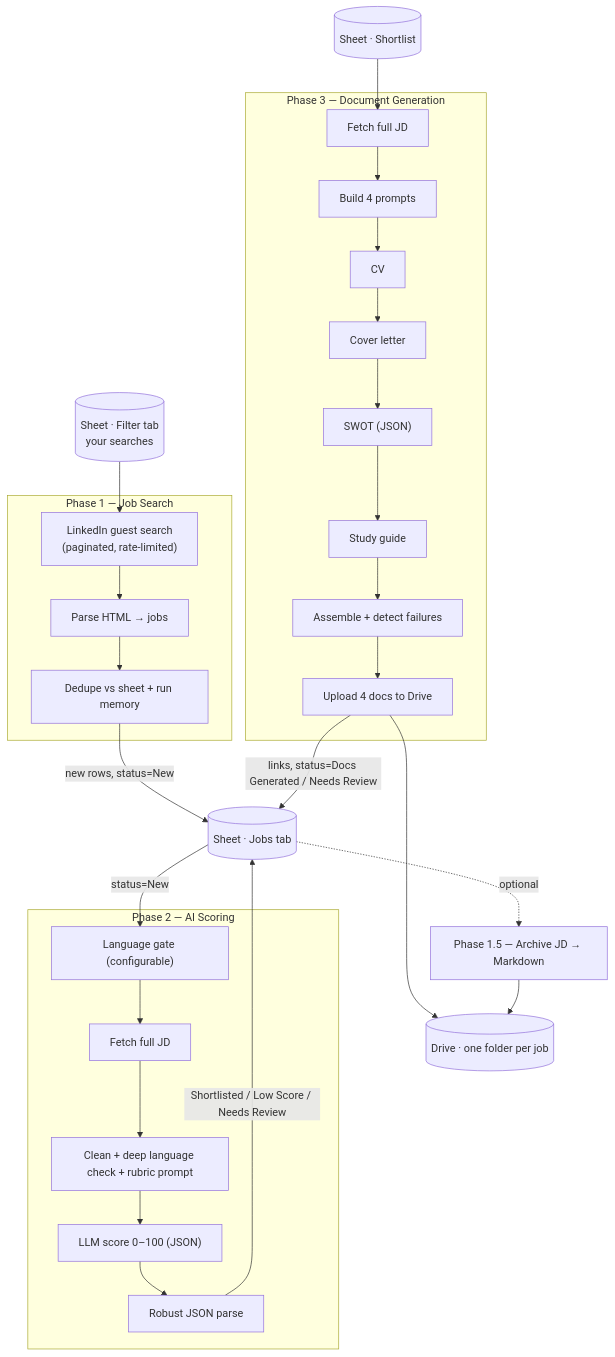
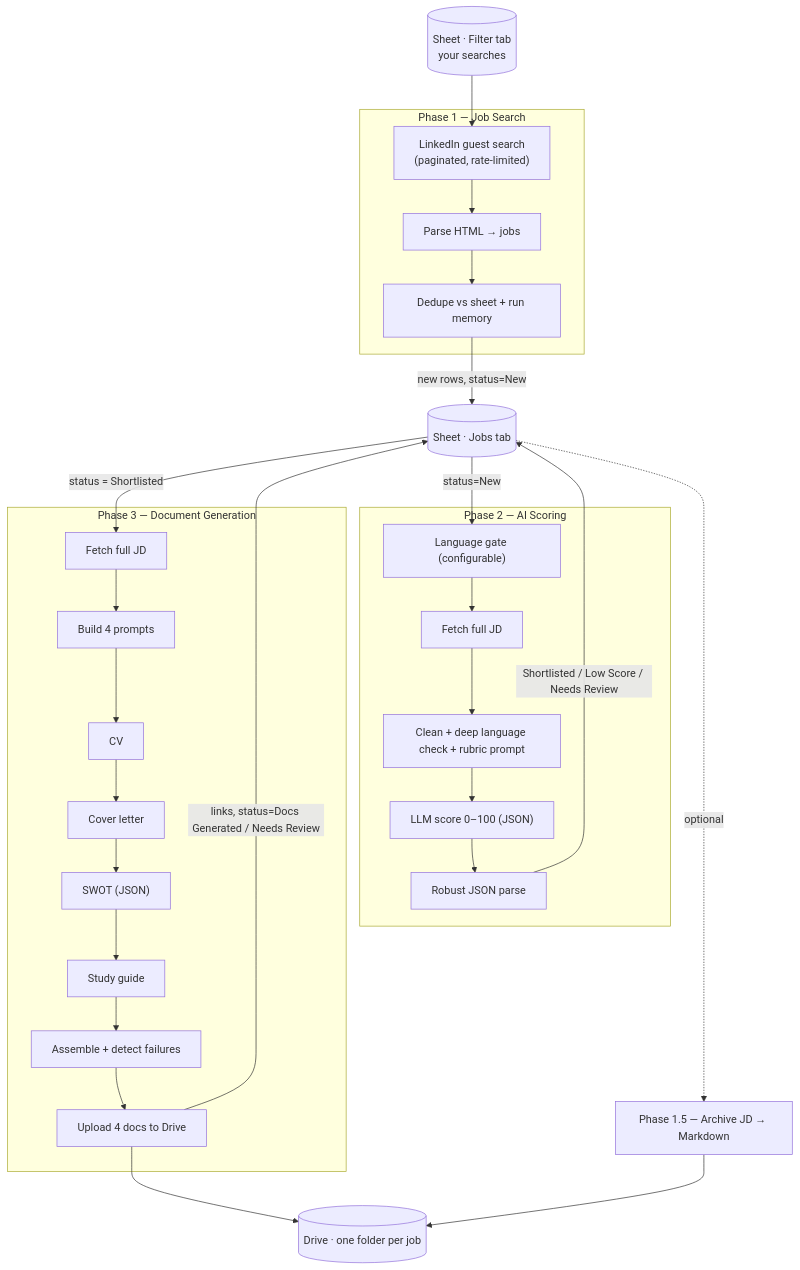
Before and after one commit to damran/role-radar: the diagram in docs/ARCHITECTURE.md, drawn with Mermaid. The commit also changed other lines of this file and 12 other files, not shown here.

````diff
--- a/docs/ARCHITECTURE.md
+++ b/docs/ARCHITECTURE.md
@@ -6,31 +6,31 @@
 ```mermaid
 flowchart TB
   FILTER[(Sheet · Filter tab<br/>your searches)] --> P1
 
   subgraph P1g["Phase 1 — Job Search"]
     P1["LinkedIn guest search<br/>(paginated, rate-limited)"] --> PARSE1["Parse HTML → jobs"]
     PARSE1 --> DEDUPE["Dedupe vs sheet + run memory"]
   end
   DEDUPE -->|new rows, status=New| JOBS[(Sheet · Jobs tab)]
 
   subgraph P2g["Phase 2 — AI Scoring"]
     GATE["Language gate (configurable)"] --> FETCH2["Fetch full JD"]
     FETCH2 --> CLEAN2["Clean + deep language check + rubric prompt"]
     CLEAN2 --> SCORE["LLM score 0–100 (JSON)"]
     SCORE --> PARSE2["Robust JSON parse"]
   end
   JOBS -->|status=New| GATE
   PARSE2 -->|Shortlisted / Low Score / Needs Review| JOBS
 
   subgraph P3g["Phase 3 — Document Generation"]
     FETCH3["Fetch full JD"] --> PROMPTS["Build 4 prompts"]
     PROMPTS --> CV["CV"] --> CL["Cover letter"] --> SW["SWOT (JSON)"] --> ST["Study guide"]
     ST --> ASSEMBLE["Assemble + detect failures"]
     ASSEMBLE --> UPLOAD["Upload 4 docs to Drive"]
   end
-  SHORT[(Sheet · Shortlist)] --> FETCH3
+  JOBS -->|status = Shortlisted| FETCH3
   UPLOAD --> DRIVE[(Drive · one folder per job)]
   UPLOAD -->|links, status=Docs Generated / Needs Review| JOBS
 
   JOBS -.optional.-> P15["Phase 1.5 — Archive JD → Markdown"] --> DRIVE
 ```
````
